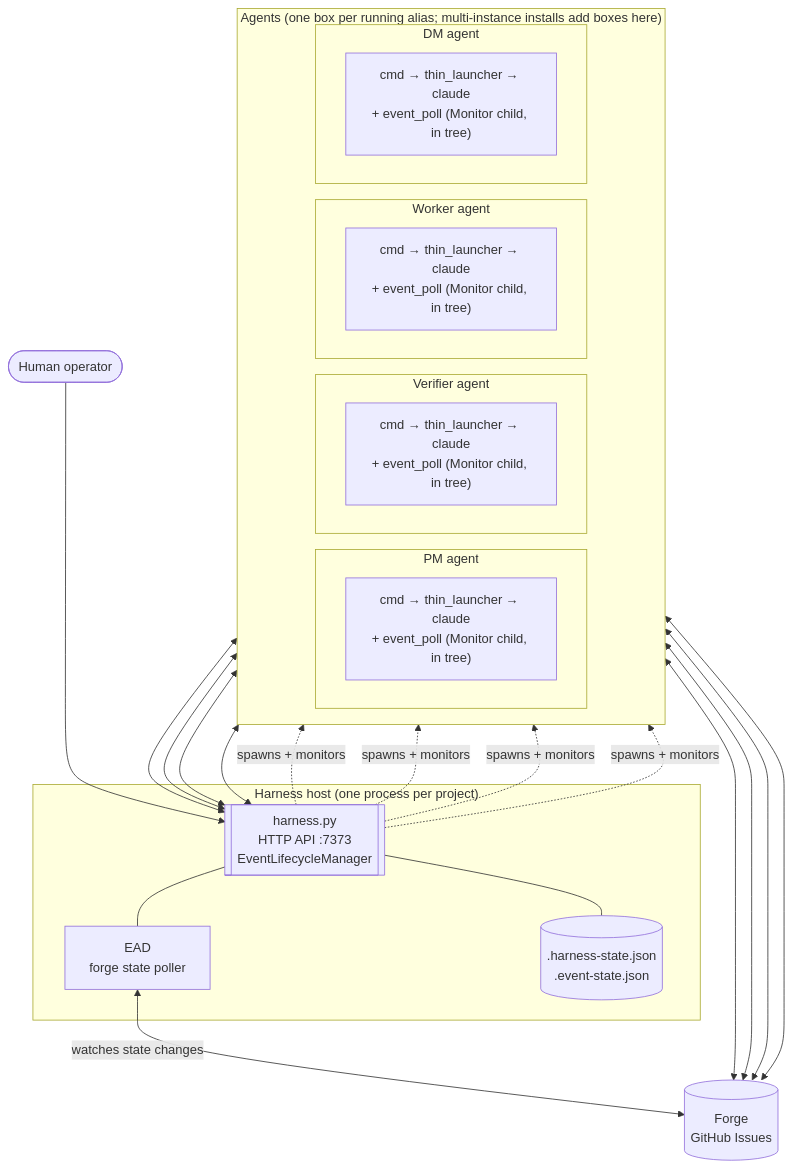
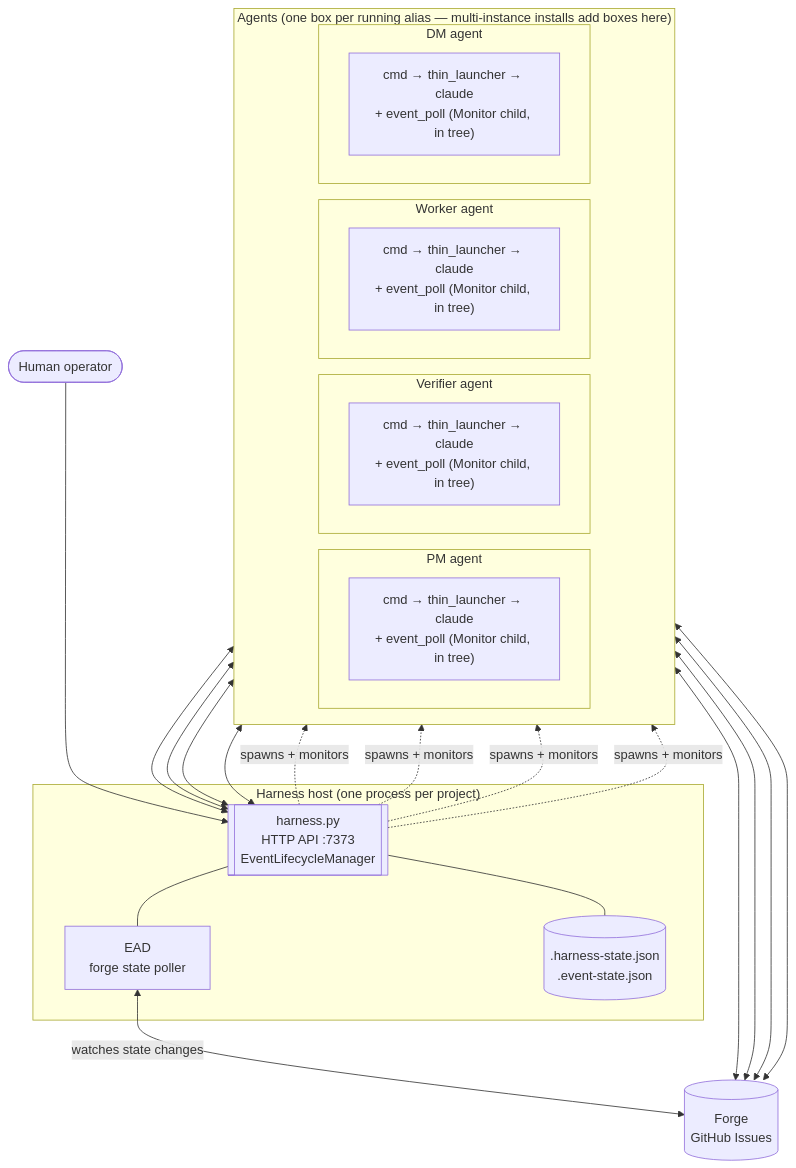
The second of 15 diagrams in docs/AGENT-RUNTIME.md (WallyDoodlez/SquidSquad), drawn with Mermaid before and after one commit. The commit also changed other lines of this file, not shown here.

First line of the commit message:
docs: fix mermaid render — remove ';' statement-separators from diagram labels/notes

````diff
--- a/docs/AGENT-RUNTIME.md
+++ b/docs/AGENT-RUNTIME.md
@@ -135,49 +135,49 @@
 ```mermaid
 flowchart TB
     Operator(["Human operator"])
 
     subgraph harness_box["Harness host (one process per project)"]
         Harness[["harness.py<br/>HTTP API :7373<br/>EventLifecycleManager"]]
         EAD["EAD<br/>forge state poller"]
         StateFiles[(".harness-state.json<br/>.event-state.json")]
         Harness --- EAD
         Harness --- StateFiles
     end
 
     Forge[("Forge<br/>GitHub Issues")]
 
-    subgraph agents_row["Agents (one box per running alias; multi-instance installs add boxes here)"]
+    subgraph agents_row["Agents (one box per running alias — multi-instance installs add boxes here)"]
         direction LR
         subgraph pm_box["PM agent"]
             PMTree["cmd → thin_launcher → claude<br/>+ event_poll (Monitor child, in tree)"]
         end
         subgraph verifier_box["Verifier agent"]
             VerifierTree["cmd → thin_launcher → claude<br/>+ event_poll (Monitor child, in tree)"]
         end
         subgraph worker_box["Worker agent"]
             WorkerTree["cmd → thin_launcher → claude<br/>+ event_poll (Monitor child, in tree)"]
         end
         subgraph dm_box["DM agent"]
             DMTree["cmd → thin_launcher → claude<br/>+ event_poll (Monitor child, in tree)"]
         end
     end
 
     Operator --> Harness
 
     Harness -.->|spawns + monitors| PMTree
     Harness -.->|spawns + monitors| VerifierTree
     Harness -.->|spawns + monitors| WorkerTree
     Harness -.->|spawns + monitors| DMTree
 
     PMTree <--> Harness
     VerifierTree <--> Harness
     WorkerTree <--> Harness
     DMTree <--> Harness
 
     PMTree <--> Forge
     VerifierTree <--> Forge
     WorkerTree <--> Forge
     DMTree <--> Forge
 
     EAD <-->|watches state changes| Forge
 ```
````
